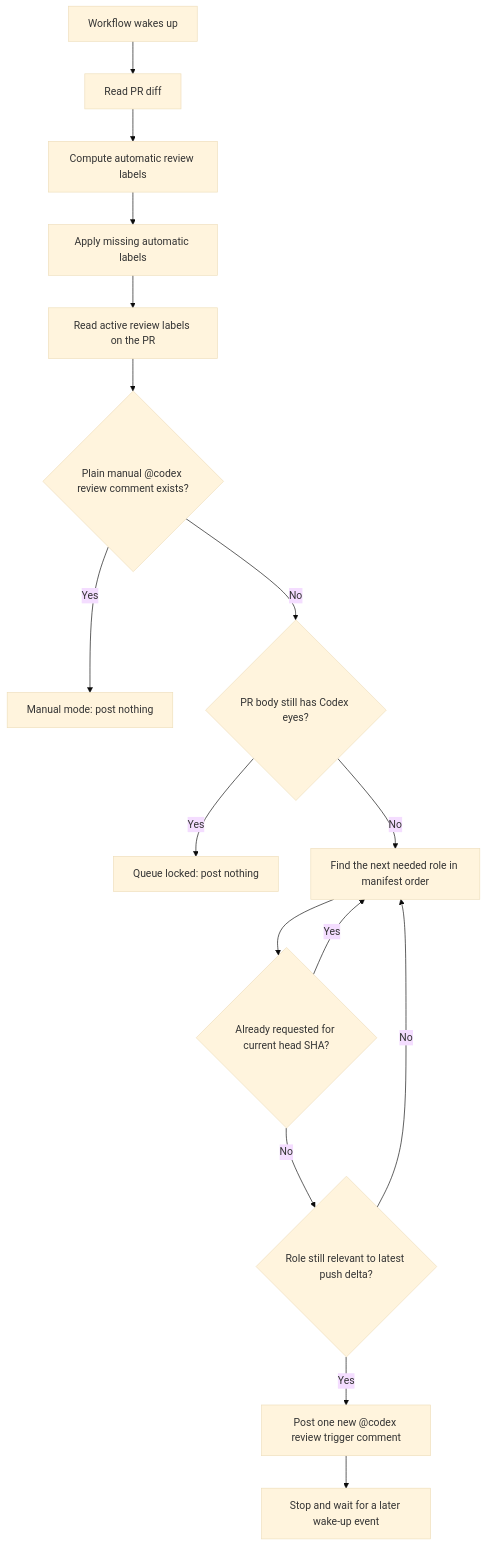
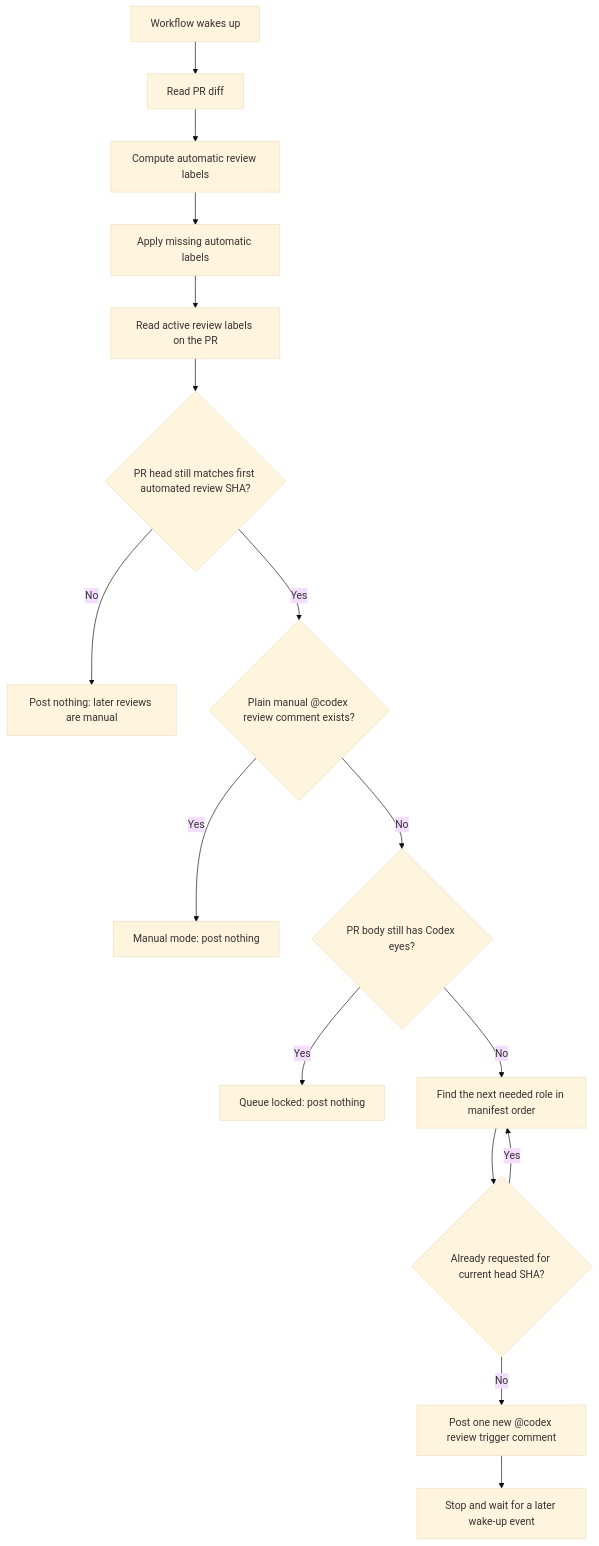
The first of 4 diagrams in docs/workflows/codex-review-flow.md (jaharris87/fTimer), drawn with Mermaid (base theme) before and after one commit. The commit also changed other lines of this file and 4 other files, not shown here.

Commit message:
limit codex reviews to initial wave

````diff
--- a/docs/workflows/codex-review-flow.md
+++ b/docs/workflows/codex-review-flow.md
@@ -28,18 +29,18 @@
 ```mermaid
 flowchart TD
     A["Workflow wakes up"] --> B["Read PR diff"]
     B --> C["Compute automatic review labels"]
     C --> D["Apply missing automatic labels"]
     D --> E["Read active review labels on the PR"]
-    E --> F{"Plain manual @codex review comment exists?"}
-    F -->|"Yes"| G["Manual mode: post nothing"]
-    F -->|"No"| H{"PR body still has Codex eyes?"}
-    H -->|"Yes"| I["Queue locked: post nothing"]
-    H -->|"No"| J["Find the next needed role in manifest order"]
-    J --> K{"Already requested for current head SHA?"}
-    K -->|"Yes"| J
-    K -->|"No"| L{"Role still relevant to latest push delta?"}
-    L -->|"No"| J
-    L -->|"Yes"| M["Post one new @codex review trigger comment"]
-    M --> N["Stop and wait for a later wake-up event"]
+    E --> F{"PR head still matches first automated review SHA?"}
+    F -->|"No"| G["Post nothing: later reviews are manual"]
+    F -->|"Yes"| H{"Plain manual @codex review comment exists?"}
+    H -->|"Yes"| I["Manual mode: post nothing"]
+    H -->|"No"| J{"PR body still has Codex eyes?"}
+    J -->|"Yes"| K["Queue locked: post nothing"]
+    J -->|"No"| L["Find the next needed role in manifest order"]
+    L --> M{"Already requested for current head SHA?"}
+    M -->|"Yes"| L
+    M -->|"No"| N["Post one new @codex review trigger comment"]
+    N --> O["Stop and wait for a later wake-up event"]
 ```
````
